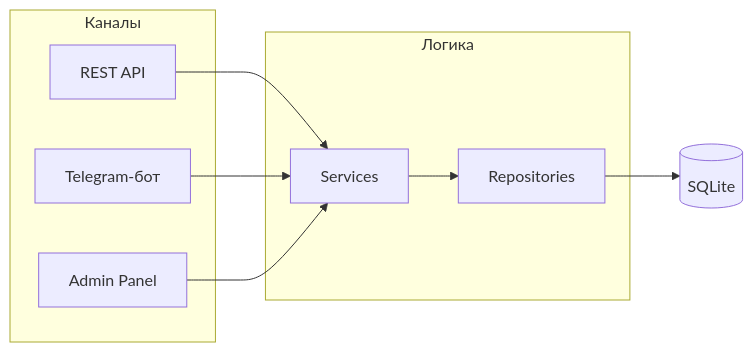
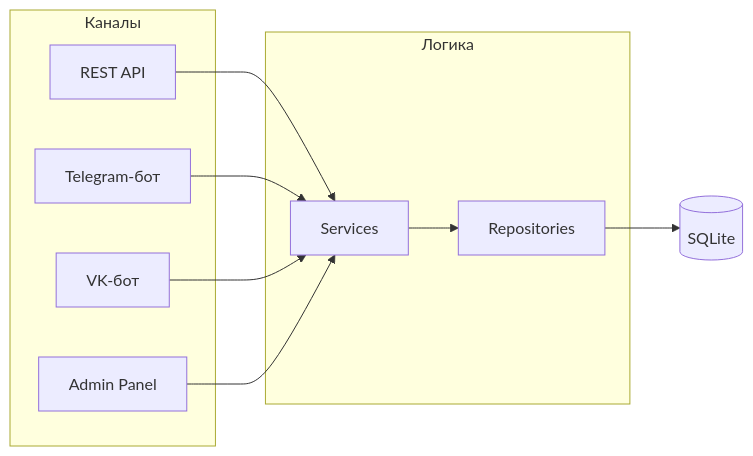
The diagram in README.md (Atlantis3221/reservation-service), drawn with Mermaid before and after one commit. The commit also changed other lines of this file and 12 other files, not shown here.

````diff
--- a/README.md
+++ b/README.md
@@ -86,21 +90,23 @@
 ```mermaid
 graph LR
     subgraph "Каналы"
         A[REST API]
         B[Telegram-бот]
+        VK[VK-бот]
         C[Admin Panel]
     end
 
     subgraph "Логика"
         S[Services]
         R[Repositories]
     end
 
     D[(SQLite)]
 
     A --> S
     B --> S
+    VK --> S
     C --> S
     S --> R
     R --> D
 ```
````
